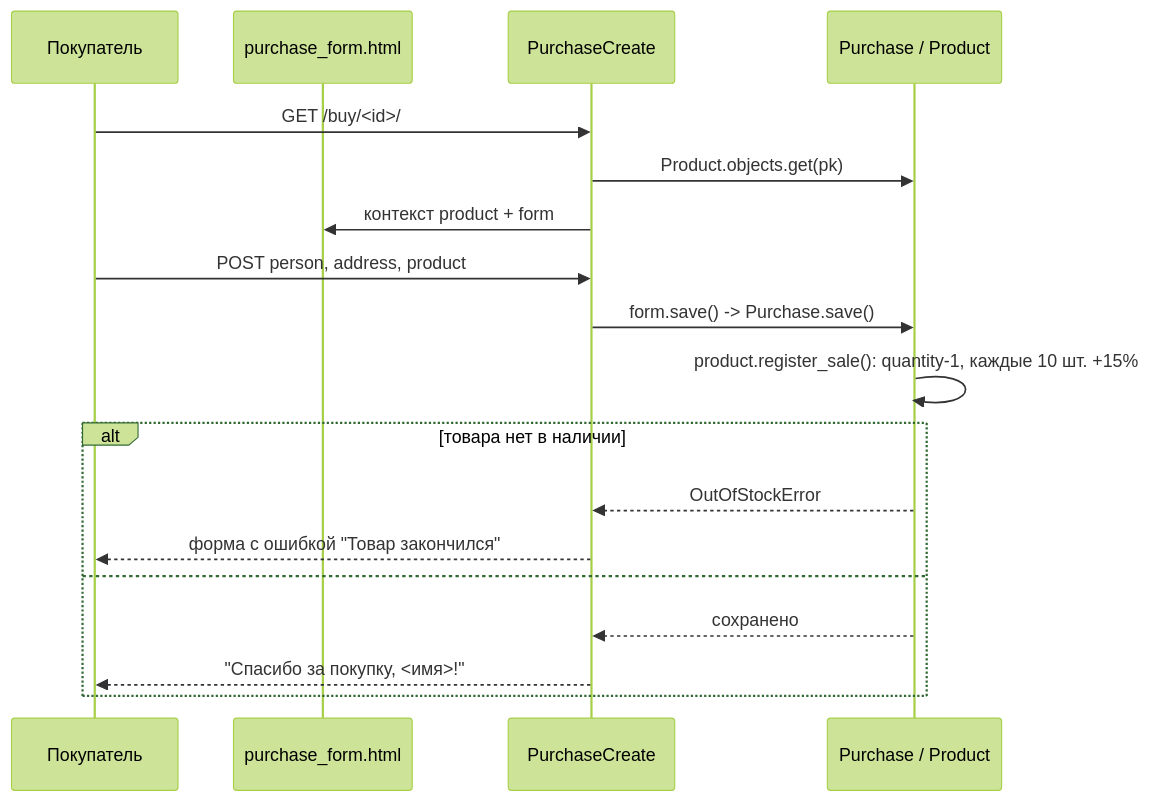
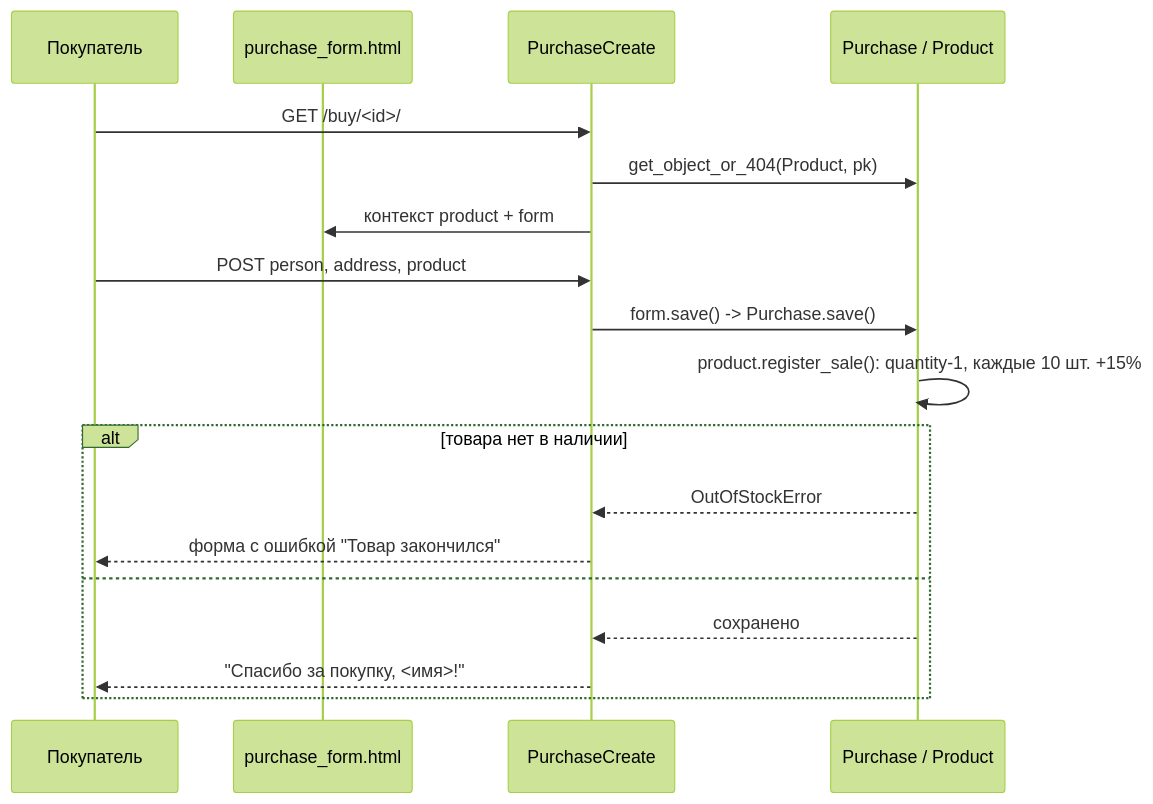
One commit to Klaw271/PTLab2 changed the second of 2 diagrams in README.md. Above: the diagram before and after it, drawn with Mermaid (forest theme). The commit also changed other lines of this file, not shown here.

````diff
--- a/README.md
+++ b/README.md
@@ -179,20 +180,20 @@
 ```mermaid
 sequenceDiagram
     participant U as Покупатель
     participant V as purchase_form.html
     participant C as PurchaseCreate
     participant M as Purchase / Product
     U->>C: GET /buy/<id>/
-    C->>M: Product.objects.get(pk)
+    C->>M: get_object_or_404(Product, pk)
     C->>V: контекст product + form
     U->>C: POST person, address, product
     C->>M: form.save() -> Purchase.save()
     M->>M: product.register_sale(): quantity-1, каждые 10 шт. +15%
     alt товара нет в наличии
         M-->>C: OutOfStockError
         C-->>U: форма с ошибкой "Товар закончился"
     else
         M-->>C: сохранено
         C-->>U: "Спасибо за покупку, <имя>!"
     end
 ```
````
